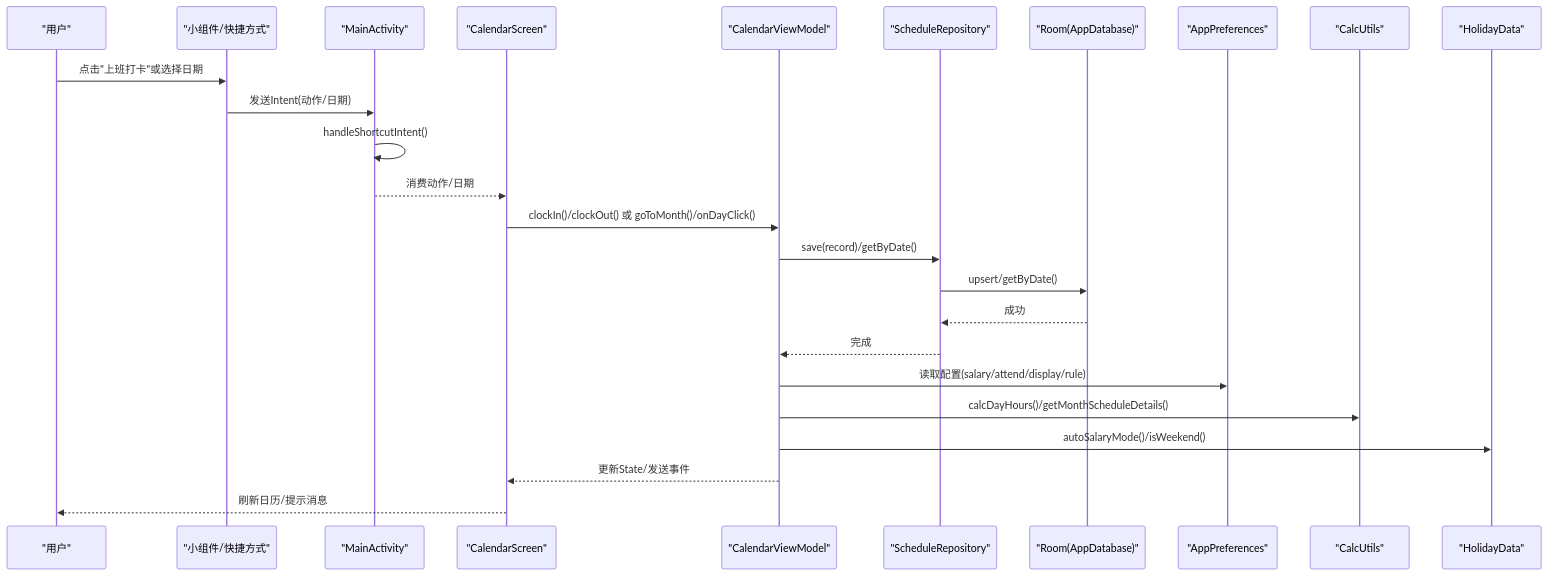
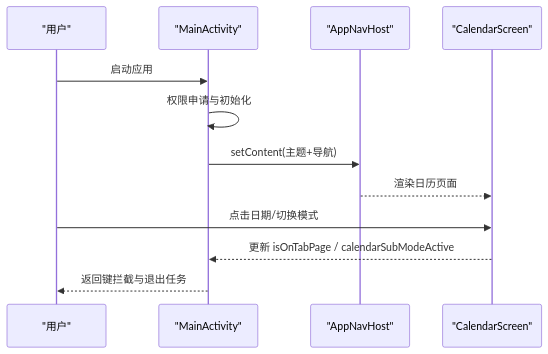
Before and after one commit to xiaobai860/paibanrili: the third of 7 diagrams in .qoder/repowiki/zh/content/项目概述.md, drawn with Mermaid. The commit also changed other lines of this file and 245 other files, not shown here.

````diff
--- a/.qoder/repowiki/zh/content/项目概述.md
+++ b/.qoder/repowiki/zh/content/项目概述.md
@@ -217,27 +183,14 @@
 ```mermaid
 sequenceDiagram
 participant User as "用户"
-participant Widget as "小组件/快捷方式"
 participant Activity as "MainActivity"
+participant Nav as "AppNavHost"
 participant Screen as "CalendarScreen"
-participant VM as "CalendarViewModel"
-participant Repo as "ScheduleRepository"
-participant DB as "Room(AppDatabase)"
-participant Pref as "AppPreferences"
-participant Calc as "CalcUtils"
-participant Holiday as "HolidayData"
-User->>Widget : 点击"上班打卡"或选择日期
-Widget->>Activity : 发送Intent(动作/日期)
-Activity->>Activity : handleShortcutIntent()
-Activity-->>Screen : 消费动作/日期
-Screen->>VM : clockIn()/clockOut() 或 goToMonth()/onDayClick()
-VM->>Repo : save(record)/getByDate()
-Repo->>DB : upsert/getByDate()
-DB-->>Repo : 成功
-Repo-->>VM : 完成
-VM->>Pref : 读取配置(salary/attend/display/rule)
-VM->>Calc : calcDayHours()/getMonthScheduleDetails()
-VM->>Holiday : autoSalaryMode()/isWeekend()
-VM-->>Screen : 更新State/发送事件
-Screen-->>User : 刷新日历/提示消息
+User->>Activity : 启动应用
+Activity->>Activity : 权限申请与初始化
+Activity->>Nav : setContent(主题+导航)
+Nav-->>Screen : 渲染日历页面
+User->>Screen : 点击日期/切换模式
+Screen-->>Activity : 更新 isOnTabPage / calendarSubModeActive
+Activity-->>User : 返回键拦截与退出任务
 ```
````
